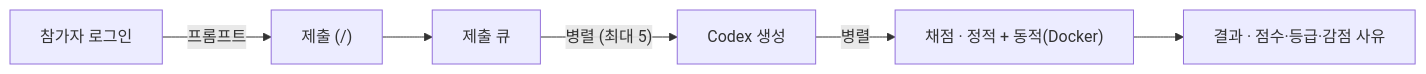
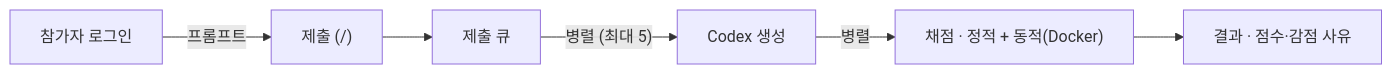
Before and after one commit to Nekonic/vibe-security-score: the diagram in README.md, drawn with Mermaid. The commit also changed other lines of this file and 10 other files, not shown here.

````diff
--- a/README.md
+++ b/README.md
@@ -7,8 +7,8 @@
 ```mermaid
 flowchart LR
     U[참가자 로그인] -->|프롬프트| S["제출 (/)"]
     S --> Q[제출 큐]
     Q -->|"병렬 (최대 5)"| G[Codex 생성]
     G -->|병렬| SC["채점 · 정적 + 동적(Docker)"]
-    SC --> R["결과 · 점수·등급·감점 사유"]
+    SC --> R["결과 · 점수·감점 사유"]
 ```
````
